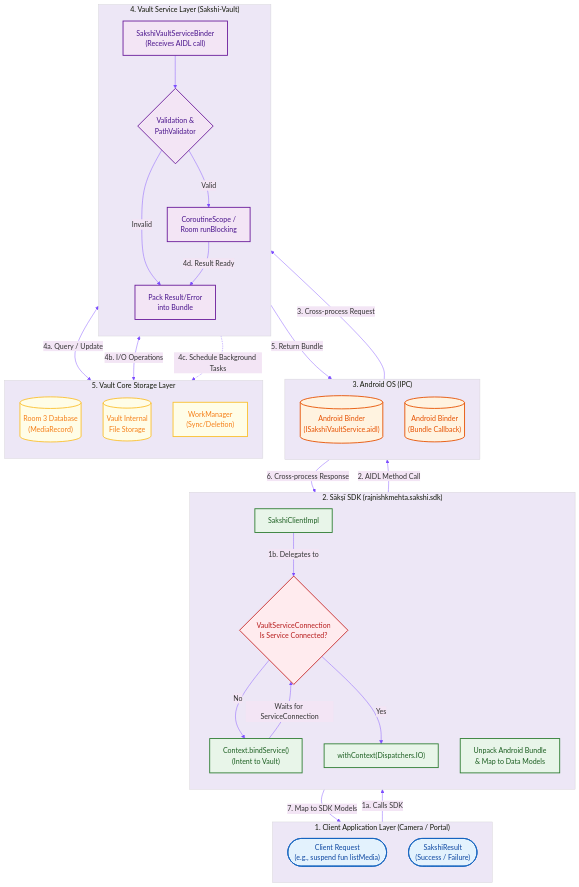
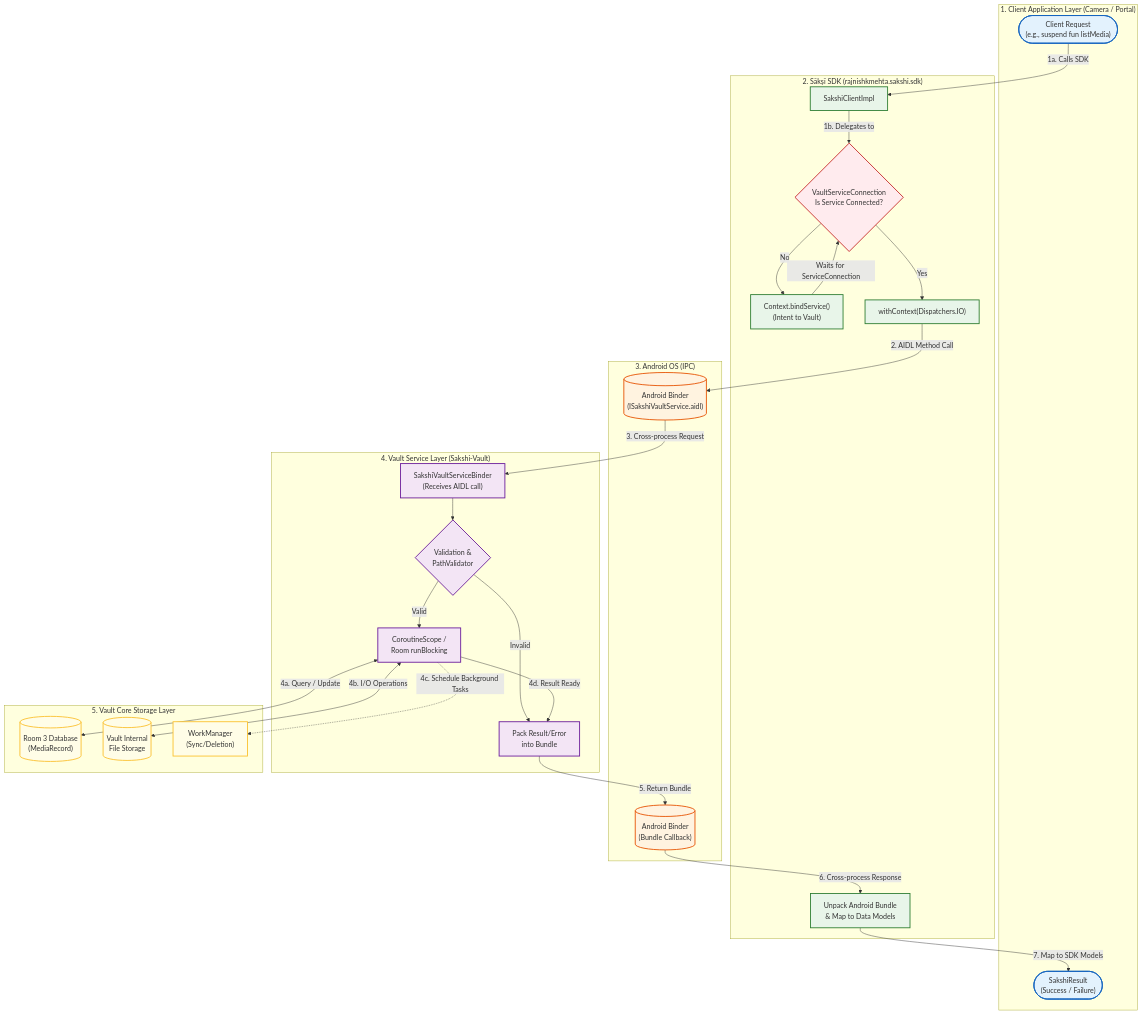
The diagram in 00_docs/developer-guide/concepts/architecture-flow.md (RajnishKMehta/Sakshi-All), drawn with Mermaid before and after one commit. The commit also changed 1 other file, not shown here.

Commit message:
docs: Update flowchart mermaid syntax and add API descriptions

````diff
--- a/00_docs/developer-guide/concepts/architecture-flow.md
+++ b/00_docs/developer-guide/concepts/architecture-flow.md
@@ -5,28 +5,12 @@
 ```mermaid
-%%{
-  init: {
-    'theme': 'base',
-    'themeVariables': {
-      'primaryColor': '#ffffff',
-      'primaryTextColor': '#333333',
-      'primaryBorderColor': '#7c4dff',
-      'lineColor': '#7c4dff',
-      'secondaryColor': '#f3e5f5',
-      'tertiaryColor': '#ede7f6',
-      'fontFamily': 'arial, sans-serif'
-    }
-  }
-}%%
 flowchart TD
     %% Definitions
     subgraph ClientLayer ["1. Client Application Layer (Camera / Portal)"]
-        direction TB
         ClientReq(["Client Request\n(e.g., suspend fun listMedia)"])
         ClientRes(["SakshiResult\n(Success / Failure)"])
     end
 
     subgraph SDKLayer ["2. Sākṣī SDK (rajnishkmehta.sakshi.sdk)"]
-        direction TB
         SakshiClient["SakshiClientImpl"]
         CheckConn{"VaultServiceConnection\nIs Service Connected?"}
         BindService["Context.bindService()\n(Intent to Vault)"]
@@ -35,13 +19,11 @@
     end
 
     subgraph OS ["3. Android OS (IPC)"]
-        direction TB
         BinderReq[("Android Binder\n(ISakshiVaultService.aidl)")]
         BinderRes[("Android Binder\n(Bundle Callback)")]
     end
 
     subgraph VaultLayer ["4. Vault Service Layer (Sakshi-Vault)"]
-        direction TB
         VaultBinder["SakshiVaultServiceBinder\n(Receives AIDL call)"]
         Validate{"Validation &\nPathValidator"}
         Processing["CoroutineScope /\nRoom runBlocking"]
@@ -49,7 +31,6 @@
     end
 
     subgraph StorageLayer ["5. Vault Core Storage Layer"]
-        direction TB
         DB[("Room 3 Database\n(MediaRecord)")]
         FileStore[("Vault Internal\nFile Storage")]
         WorkManager["WorkManager\n(Sync/Deletion)"]
@@ -82,12 +63,12 @@
     Unpack -->|7. Map to SDK Models| ClientRes
 
     %% Styling classes
-    classDef client fill:#e3f2fd,stroke:#1565c0,stroke-width:2px,color:#0d47a1
-    classDef sdk fill:#e8f5e9,stroke:#2e7d32,stroke-width:2px,color:#1b5e20
-    classDef os fill:#fff3e0,stroke:#e65100,stroke-width:2px,color:#e65100
-    classDef vault fill:#f3e5f5,stroke:#6a1b9a,stroke-width:2px,color:#4a148c
-    classDef storage fill:#fffde7,stroke:#fbc02d,stroke-width:2px,color:#f57f17
-    classDef check fill:#ffebee,stroke:#c62828,stroke-width:2px,shape:diamond,color:#b71c1c
+    classDef client fill:#e3f2fd,stroke:#1565c0,stroke-width:2px
+    classDef sdk fill:#e8f5e9,stroke:#2e7d32,stroke-width:2px
+    classDef os fill:#fff3e0,stroke:#e65100,stroke-width:2px
+    classDef vault fill:#f3e5f5,stroke:#6a1b9a,stroke-width:2px
+    classDef storage fill:#fffde7,stroke:#fbc02d,stroke-width:2px
+    classDef check fill:#ffebee,stroke:#c62828,stroke-width:2px
 
     %% Apply styles
     class ClientReq,ClientRes client
````
